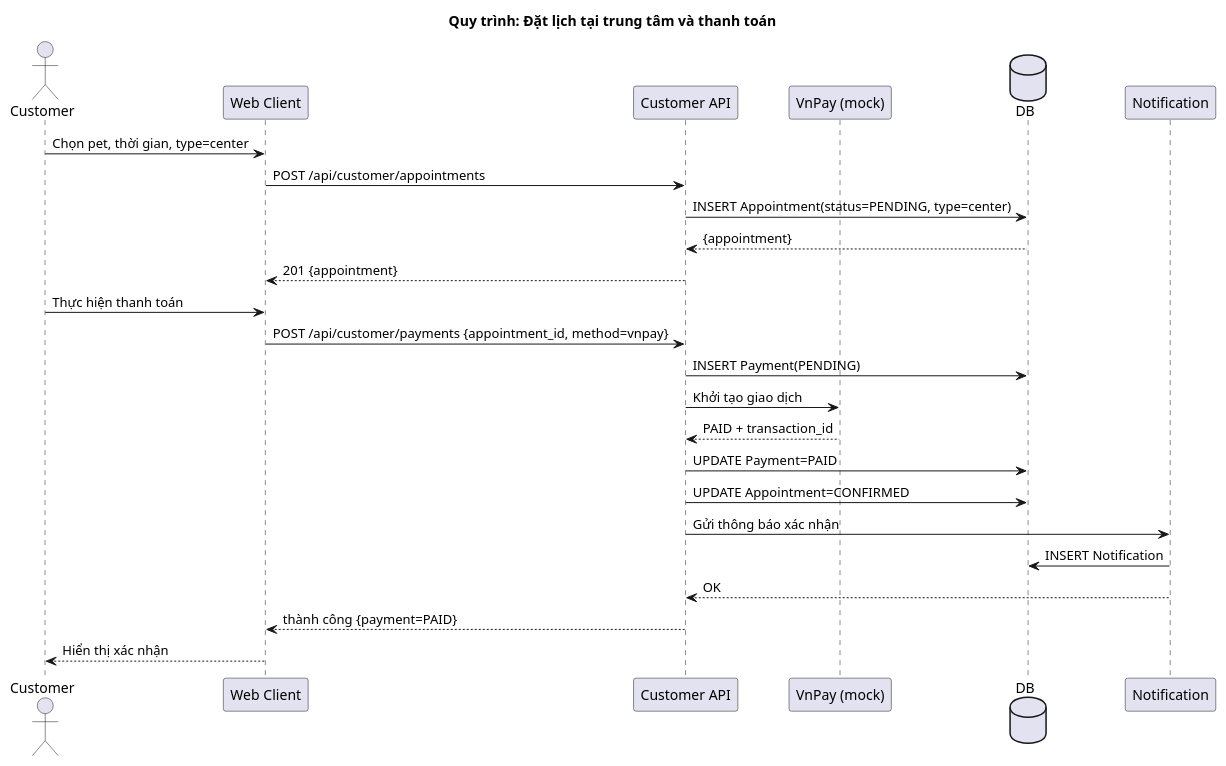
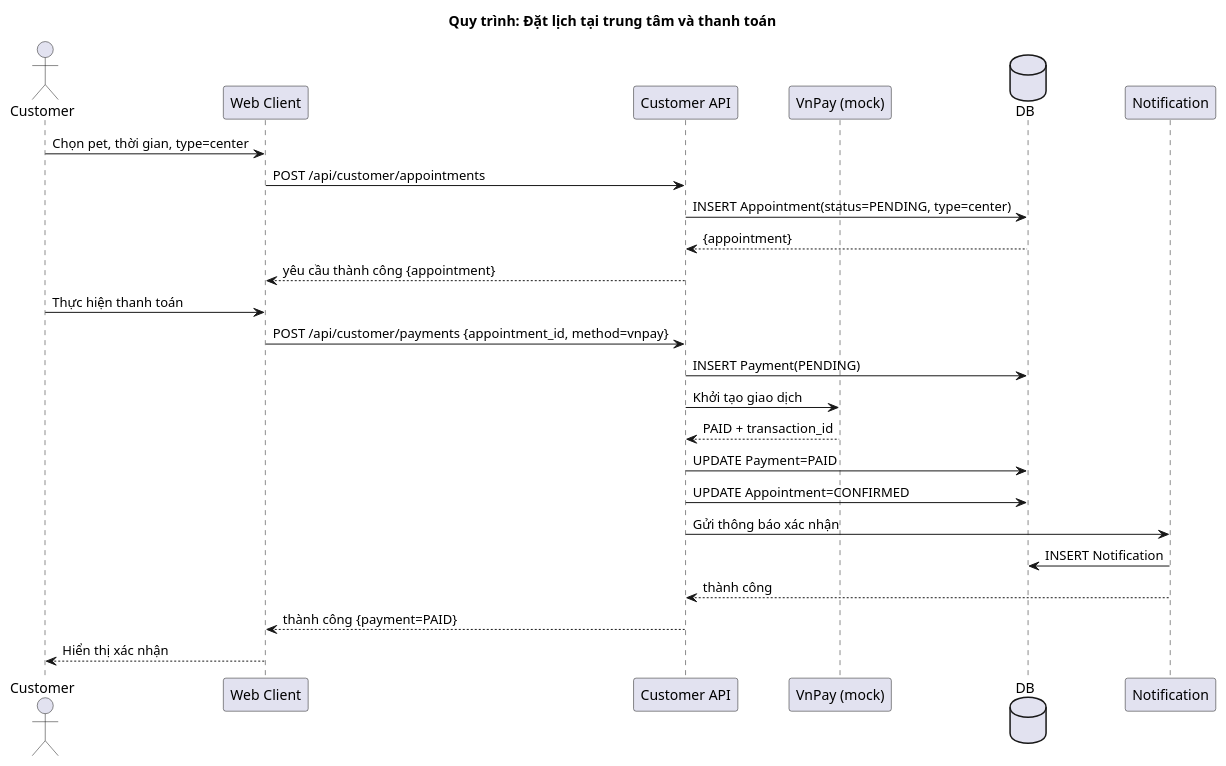
Before and after one commit to KaiyoDev/PetVax: the eighth of 13 diagrams in README.md, drawn with PlantUML. The commit also changed other lines of this file, not shown here.

````diff
--- a/README.md
+++ b/README.md
@@ -407,31 +407,31 @@
 ```plantuml
 @startuml
 title Quy trình: Đặt lịch tại trung tâm và thanh toán
 
 actor Customer
 participant "Web Client" as Web
 participant "Customer API" as Cust
 participant "VnPay (mock)" as Pay
 database "DB" as DB
 participant "Notification" as Noti
 
 Customer -> Web: Chọn pet, thời gian, type=center
 Web -> Cust: POST /api/customer/appointments
 Cust -> DB: INSERT Appointment(status=PENDING, type=center)
 DB --> Cust: {appointment}
-Cust --> Web: 201 {appointment}
+Cust --> Web: yêu cầu thành công {appointment}
 
 Customer -> Web: Thực hiện thanh toán
 Web -> Cust: POST /api/customer/payments {appointment_id, method=vnpay}
 Cust -> DB: INSERT Payment(PENDING)
 Cust -> Pay: Khởi tạo giao dịch
 Pay --> Cust: PAID + transaction_id
 Cust -> DB: UPDATE Payment=PAID
 Cust -> DB: UPDATE Appointment=CONFIRMED
 Cust -> Noti: Gửi thông báo xác nhận
 Noti -> DB: INSERT Notification
-Noti --> Cust: OK
+Noti --> Cust: thành công
 Cust --> Web: thành công {payment=PAID}
 Web --> Customer: Hiển thị xác nhận
 @enduml
 ```
````
